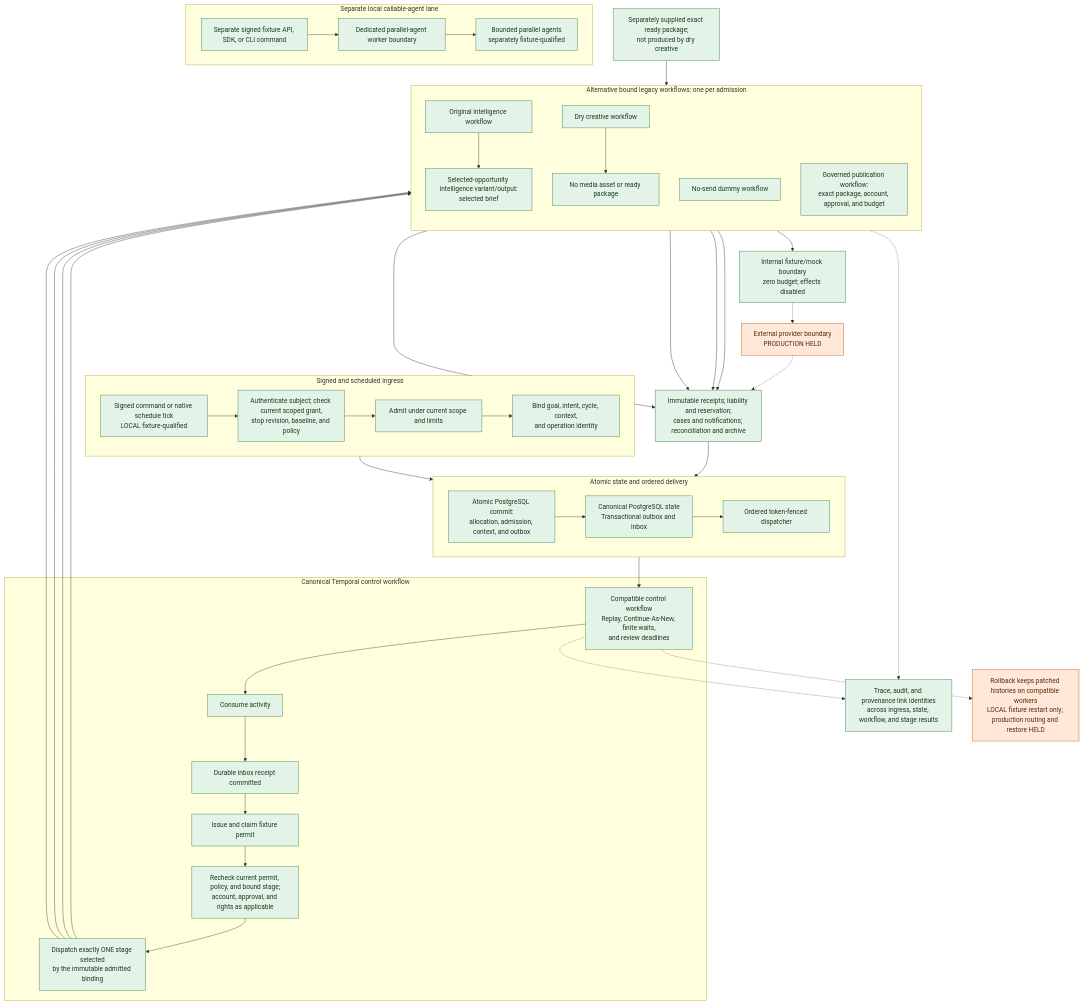
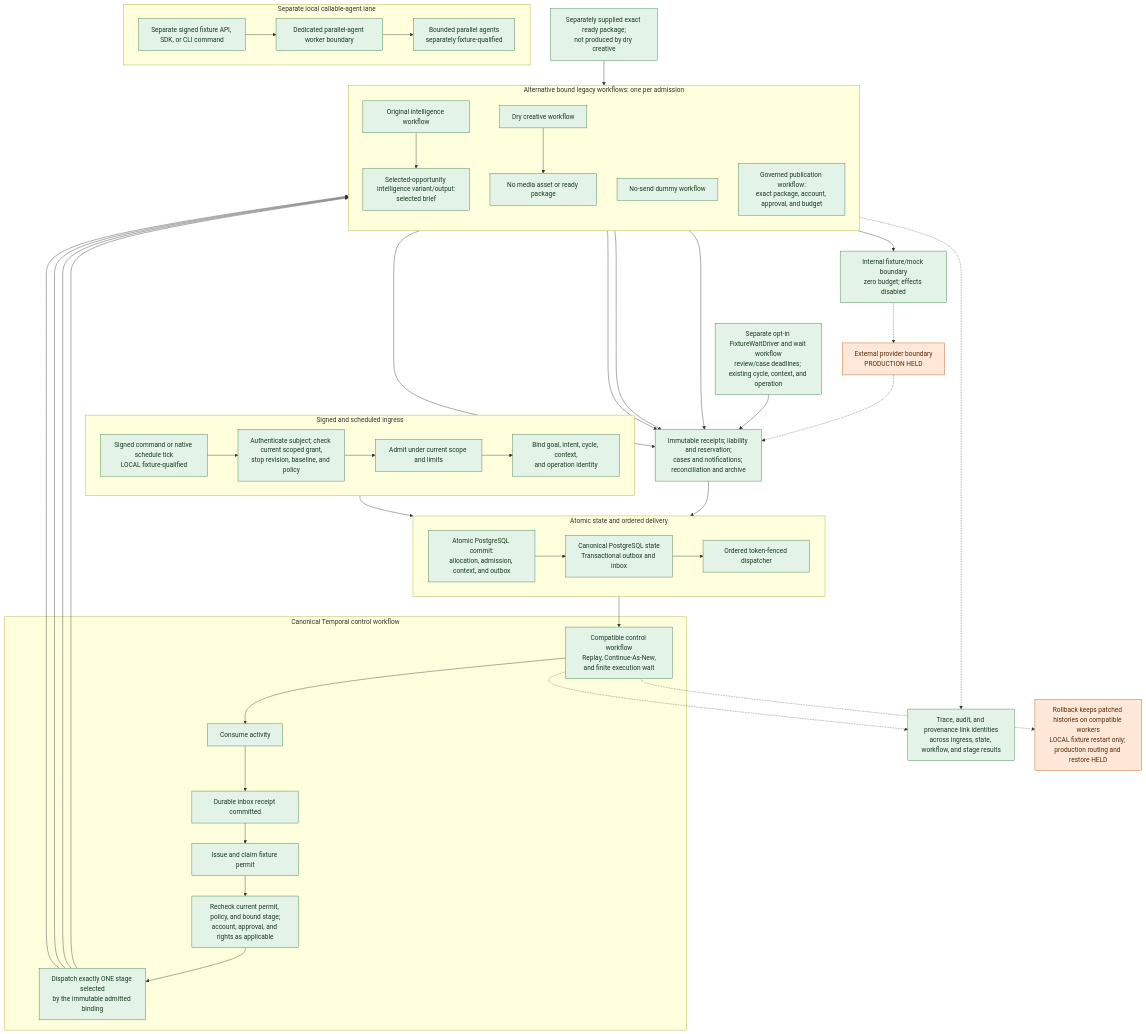
The second of 2 diagrams in README.md (manojvermamv/Salience), drawn with Mermaid before and after one commit. The commit also changed other lines of this file and 1 other file, not shown here.

Commit message:
docs: separate cycle and case wait ownership

````diff
--- a/README.md
+++ b/README.md
@@ -112,7 +112,7 @@
   end
 
   subgraph runtime["Canonical Temporal control workflow"]
-    CTRL["Compatible control workflow<br/>Replay, Continue-As-New, finite waits,<br/>and review deadlines"]
+    CTRL["Compatible control workflow<br/>Replay, Continue-As-New,<br/>and finite execution wait"]
     CONSUME["Consume activity"]
     RECEIPT["Durable inbox receipt committed"]
     PERMIT["Issue and claim fixture permit"]
@@ -133,6 +133,7 @@
     CREATIVE --> NO_PACKAGE
   end
   READY["Separately supplied exact ready package;<br/>not produced by dry creative"]
+  CASEWAIT["Separate opt-in FixtureWaitDriver and wait workflow<br/>review/case deadlines; existing cycle, context, and operation"]
 
   subgraph parallelLane["Separate local callable-agent lane"]
     TEAM_COMMAND["Separate signed fixture API, SDK, or CLI command"]
@@ -157,6 +158,7 @@
   PUB --> FIXTURE
   FIXTURE -.-> EXTERNAL
   EXTERNAL -.-> RECORDS
+  CASEWAIT --> RECORDS
   BRIEF --> RECORDS
   DUMMY --> RECORDS
   NO_PACKAGE --> RECORDS
@@ -170,6 +172,6 @@
   classDef held fill:#ffe8d8,stroke:#b45b18,color:#572b0c
   classDef planned fill:#e6efff,stroke:#3b67a0,color:#193354
   classDef optional fill:#eee8f5,stroke:#71518f,color:#362247
-  class CMD,AUTH,ADMIT,ID,COMMIT,DB,DISPATCH,CTRL,CONSUME,RECEIPT,PERMIT,STAGECHECK,SELECT,INTEL,BRIEF,DUMMY,CREATIVE,NO_PACKAGE,READY,PUB,TEAM_COMMAND,TEAM_WORKER,FANOUT,FIXTURE,RECORDS,TRACE local
+  class CMD,AUTH,ADMIT,ID,COMMIT,DB,DISPATCH,CTRL,CONSUME,RECEIPT,PERMIT,STAGECHECK,SELECT,INTEL,BRIEF,DUMMY,CREATIVE,NO_PACKAGE,READY,CASEWAIT,PUB,TEAM_COMMAND,TEAM_WORKER,FANOUT,FIXTURE,RECORDS,TRACE local
   class EXTERNAL,OPS held
 ```
````
